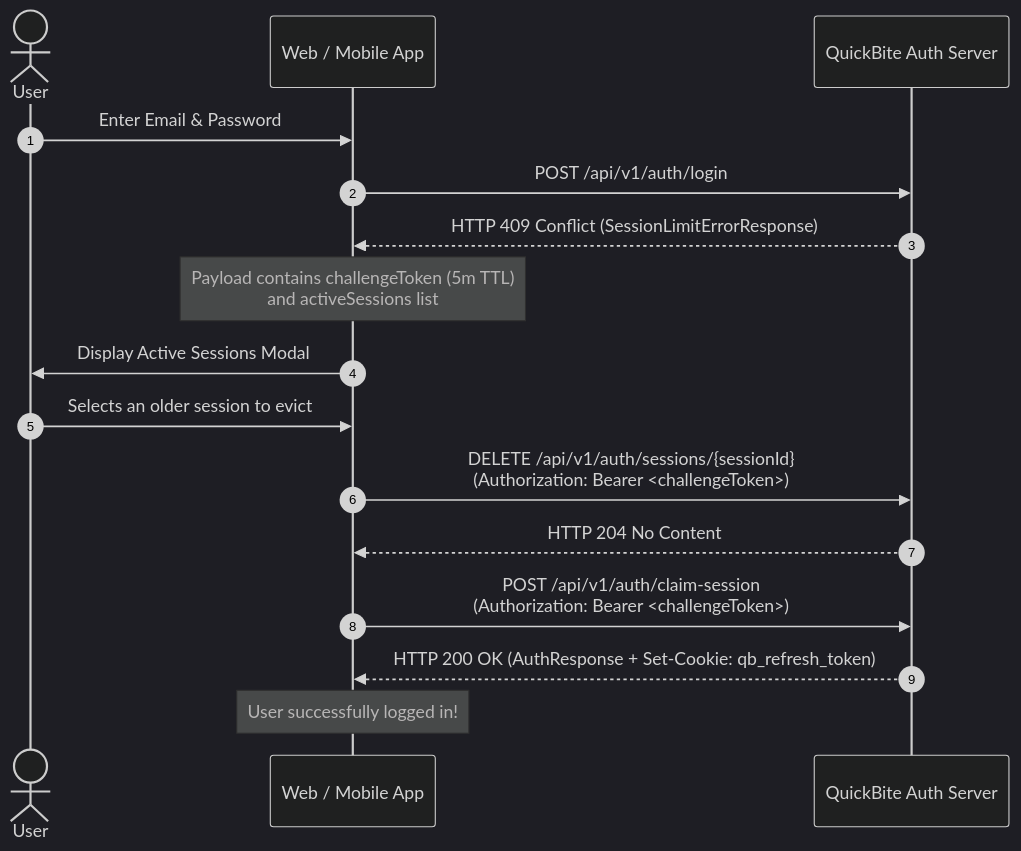
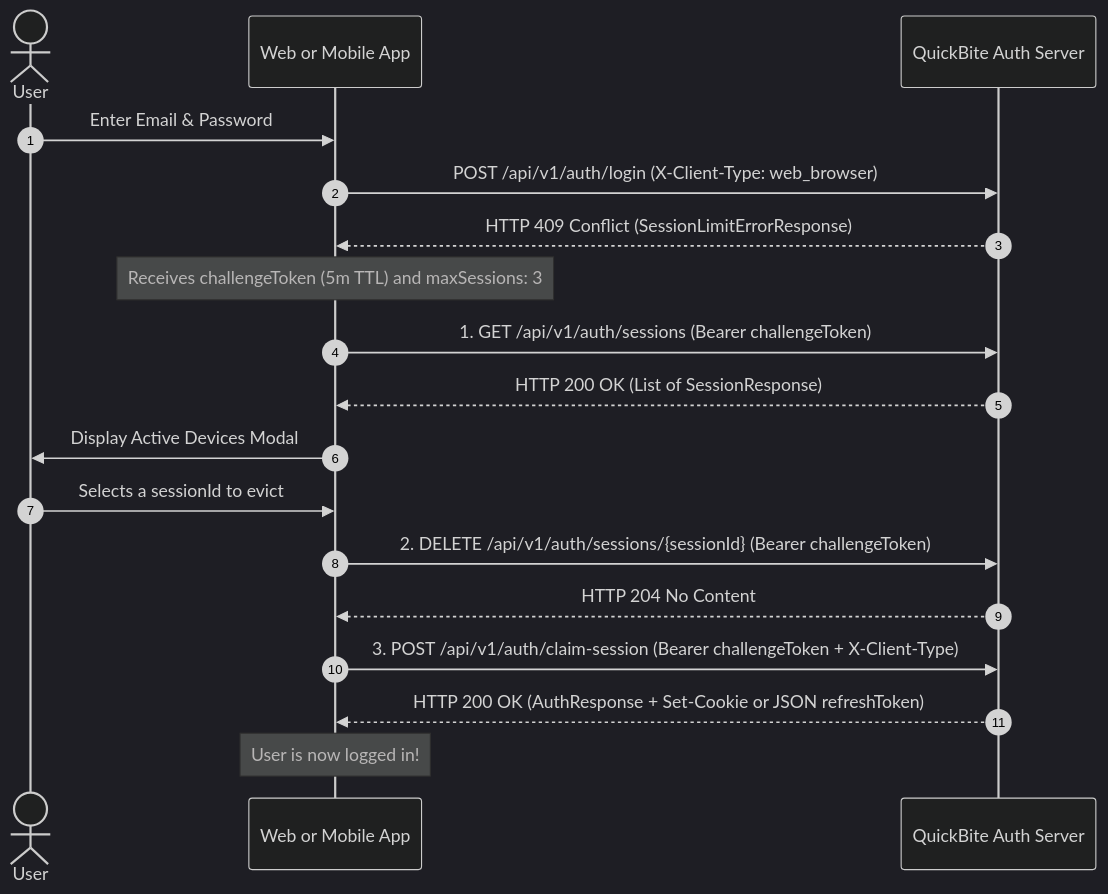
Before and after one commit to eshant52/quickbite-backend: the diagram in docs/jwt.md, drawn with Mermaid (dark theme). The commit also changed other lines of this file and 8 other files, not shown here.

First line of the commit message:
docs: add order lifecycle guide and update architecture documentation

````diff
--- a/docs/jwt.md
+++ b/docs/jwt.md
@@ -53,21 +67,24 @@
 ```mermaid
 sequenceDiagram
     autonumber
     actor User
-    participant Client as Web / Mobile App
+    participant Client as Web or Mobile App
     participant Auth as QuickBite Auth Server
 
     User->>Client: Enter Email & Password
-    Client->>Auth: POST /api/v1/auth/login
+    Client->>Auth: POST /api/v1/auth/login (X-Client-Type: web_browser)
     Auth-->>Client: HTTP 409 Conflict (SessionLimitErrorResponse)
-    Note over Client: Payload contains challengeToken (5m TTL)<br/>and activeSessions list
+    Note over Client: Receives challengeToken (5m TTL) and maxSessions: 3
 
-    Client->>User: Display Active Sessions Modal
-    User->>Client: Selects an older session to evict
-    Client->>Auth: DELETE /api/v1/auth/sessions/{sessionId}<br/>(Authorization: Bearer <challengeToken>)
+    Client->>Auth: 1. GET /api/v1/auth/sessions (Bearer challengeToken)
+    Auth-->>Client: HTTP 200 OK (List of SessionResponse)
+
+    Client->>User: Display Active Devices Modal
+    User->>Client: Selects a sessionId to evict
+    Client->>Auth: 2. DELETE /api/v1/auth/sessions/{sessionId} (Bearer challengeToken)
     Auth-->>Client: HTTP 204 No Content
 
-    Client->>Auth: POST /api/v1/auth/claim-session<br/>(Authorization: Bearer <challengeToken>)
-    Auth-->>Client: HTTP 200 OK (AuthResponse + Set-Cookie: qb_refresh_token)
-    Note over Client: User successfully logged in!
+    Client->>Auth: 3. POST /api/v1/auth/claim-session (Bearer challengeToken + X-Client-Type)
+    Auth-->>Client: HTTP 200 OK (AuthResponse + Set-Cookie or JSON refreshToken)
+    Note over Client: User is now logged in!
 ```
````
